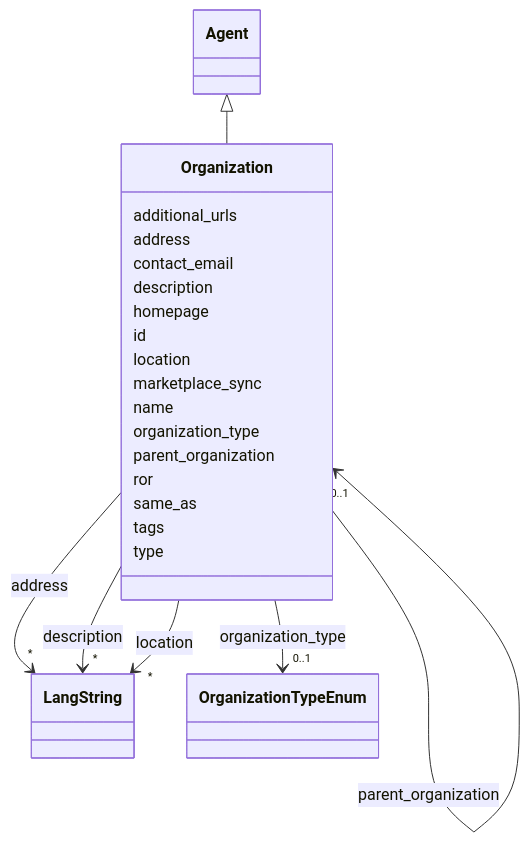
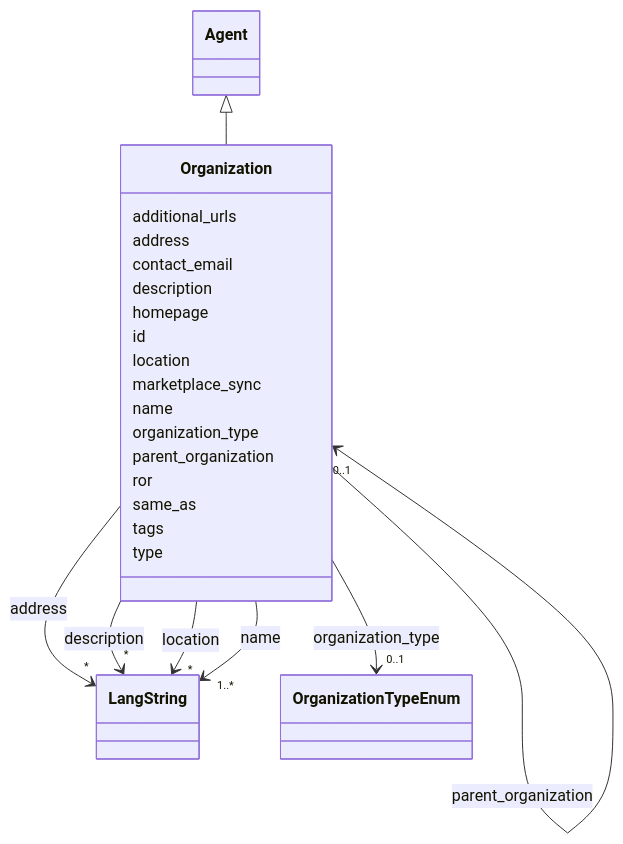
One commit to DARIAH-IL/idhi-manifests changed the diagram in docs/classes/Organization.md. Above: the diagram before and after it, drawn with Mermaid. The commit also changed other lines of this file and 20 other files, not shown here.

```diff
--- a/docs/classes/Organization.md
+++ b/docs/classes/Organization.md
@@ -79,6 +79,17 @@
         
       Organization : name
         
+          
+    
+        
+        
+        Organization --> "1..*" LangString : name
+        
+        click LangString href "../../classes/LangString/"
+        
+    
+
+        
       Organization : organization_type
         
           
```
